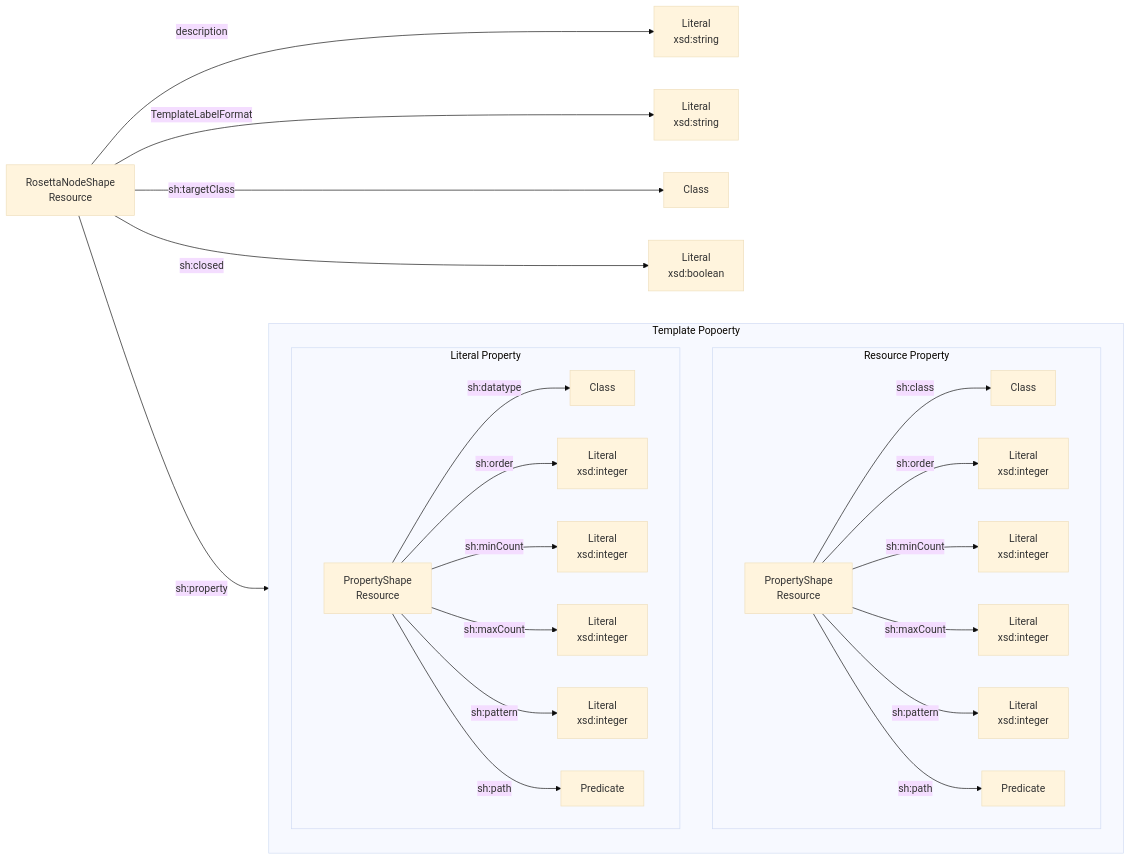
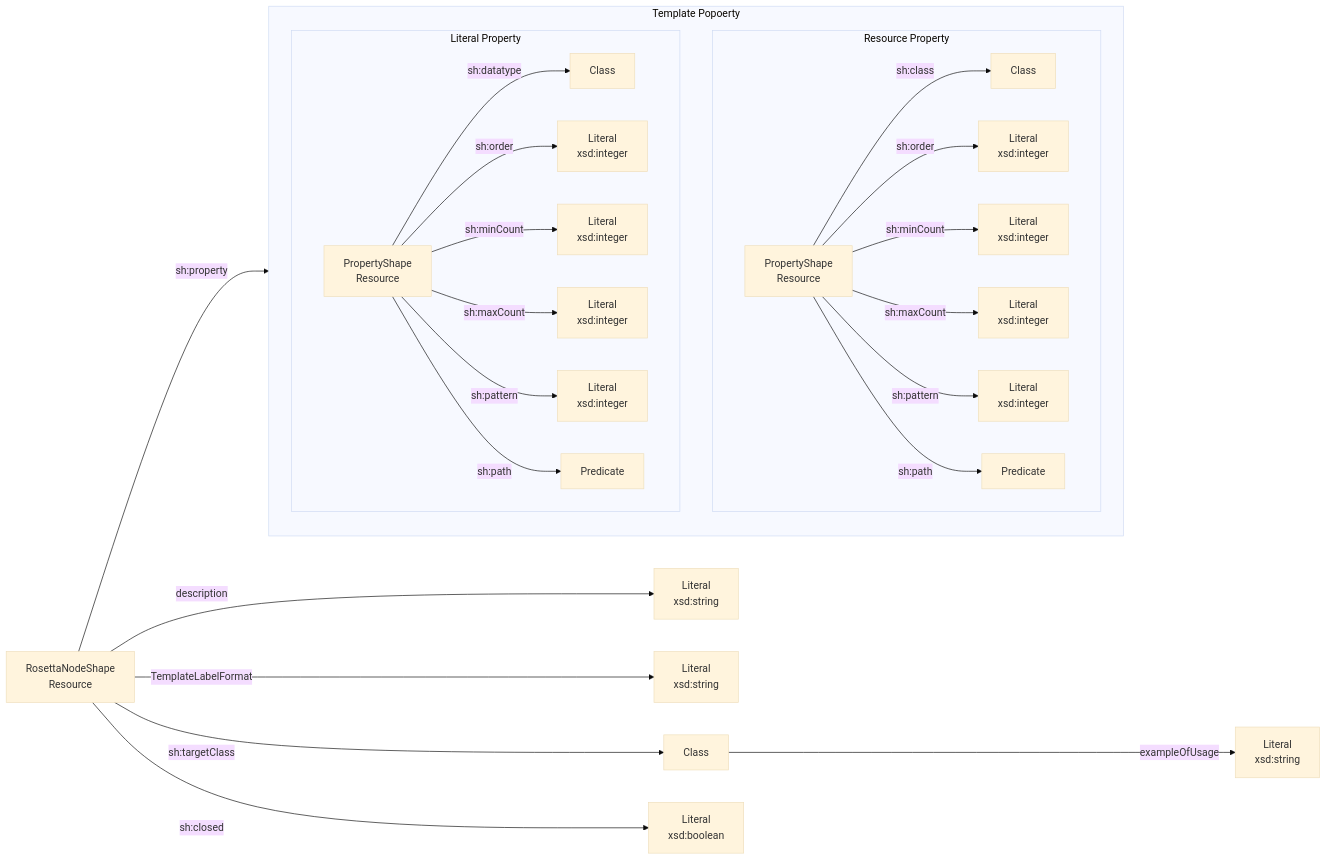
One commit to TIBHannover/orkg-backend changed the diagram in documentation/antora/modules/ROOT/pages/reference/model/rosetta-stone-template.adoc. Above: the diagram before and after it, drawn with Mermaid (base theme). The commit also changed 17 other files, not shown here.

Commit message:
Add example usage field to rosetta stone templates (!943)

```diff
--- a/documentation/antora/modules/ROOT/pages/reference/model/rosetta-stone-template.adoc
+++ b/documentation/antora/modules/ROOT/pages/reference/model/rosetta-stone-template.adoc
@@ -3,27 +3,28 @@
 [mermaid,width=100%]
 ----
 flowchart LR
     Template[RosettaNodeShape \n Resource] --> |"description"| description[Literal \n xsd:string]
     Template --> |"TemplateLabelFormat"| formattedLabel[Literal \n xsd:string]
-	Template --> |"sh:targetClass"| targetClass[Class]
+	Template --> |"sh:targetClass"| targetClass
+    targetClass[Class] --> |"exampleOfUsage"| usage[Literal \n xsd:string]
 	Template --> |"sh:property"| TemplatePopoerty
 	subgraph TemplatePopoerty[Template Popoerty]
 		subgraph Resource Property
 			ResourceProperty[PropertyShape \n Resource] --> |"sh:class"| klass[Class]
 			ResourceProperty --> |"sh:order"| order[Literal \n xsd:integer]
 			ResourceProperty --> |"sh:minCount"| minCount[Literal \n xsd:integer]
 			ResourceProperty --> |"sh:maxCount"| maxCount[Literal \n xsd:integer]
 			ResourceProperty --> |"sh:pattern"| pattern[Literal \n xsd:integer]
 			ResourceProperty --> |"sh:path"| path[Predicate]
 		end
 		subgraph Literal Property
 			LiteralProperty[PropertyShape \n Resource] --> |"sh:datatype"| datatype[Class]
 			LiteralProperty --> |"sh:order"| literalOrder[Literal \n xsd:integer]
 			LiteralProperty --> |"sh:minCount"| literalMinCount[Literal \n xsd:integer]
 			LiteralProperty --> |"sh:maxCount"| literalMaxCount[Literal \n xsd:integer]
 			LiteralProperty --> |"sh:pattern"| literalPattern[Literal \n xsd:integer]
 			LiteralProperty --> |"sh:path"| literalPath[Predicate]
 		end
 	end
 	Template --> |"sh:closed"| closed[Literal \n xsd:boolean]
 ----
```
